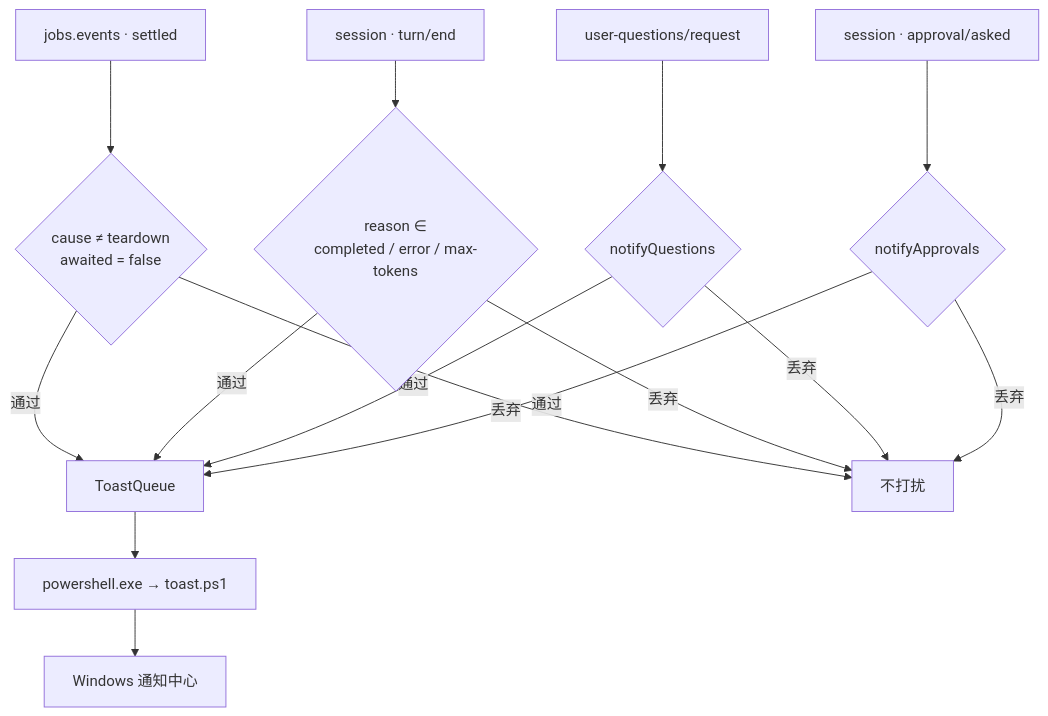
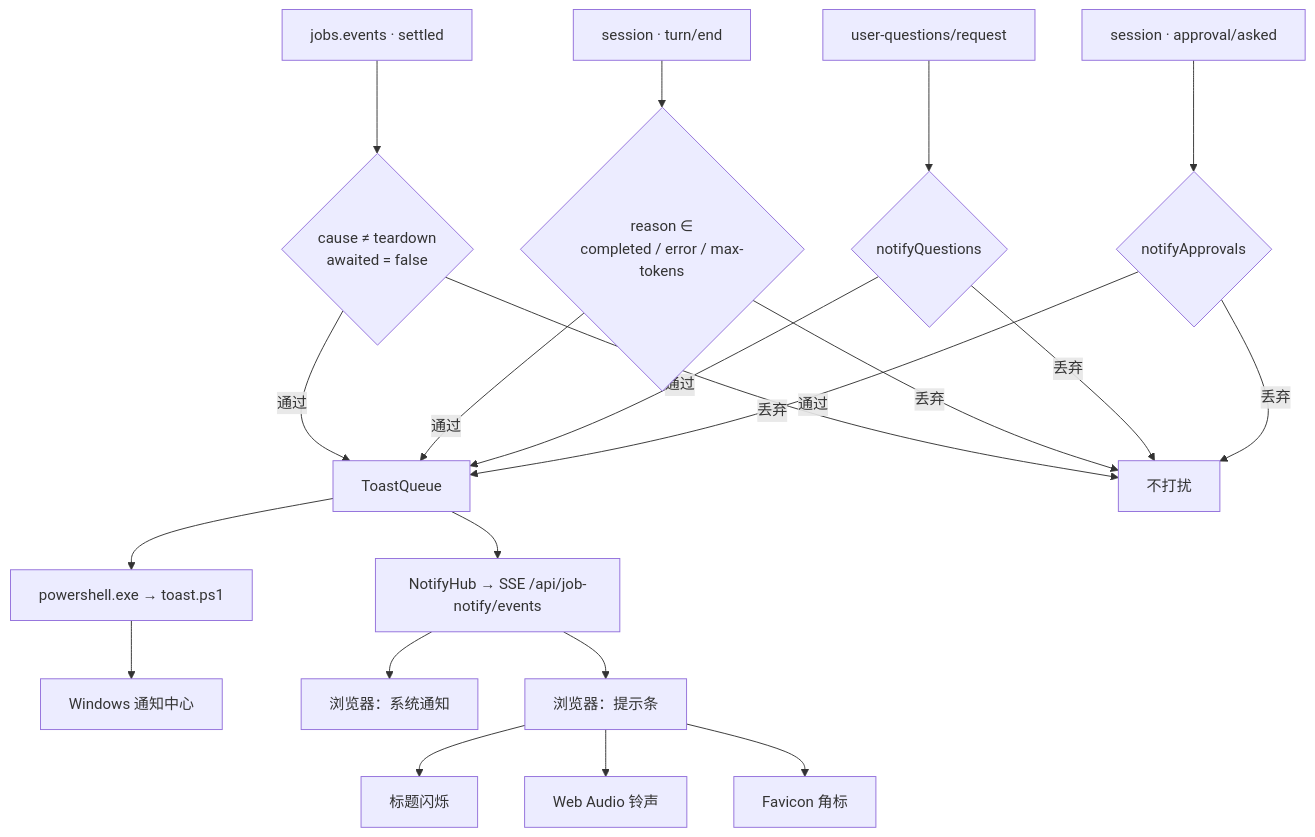
Before and after one commit to imnotRiv3r/dsh-job-notify: the diagram in README.zh-CN.md, drawn with Mermaid. The commit also changed other lines of this file and 11 other files, not shown here.

````diff
--- a/README.zh-CN.md
+++ b/README.zh-CN.md
@@ -350,17 +415,23 @@
 ```mermaid
 graph TD
   J["jobs.events · settled"] --> GJ{"cause ≠ teardown<br/>awaited = false"}
   T["session · turn/end"] --> GT{"reason ∈<br/>completed / error / max-tokens"}
   Q["user-questions/request"] --> GQ{"notifyQuestions"}
   A["session · approval/asked"] --> GA{"notifyApprovals"}
   GJ -->|通过| Q1["ToastQueue"]
   GT -->|通过| Q1
   GQ -->|通过| Q1
   GA -->|通过| Q1
   GJ -->|丢弃| S["不打扰"]
   GT -->|丢弃| S
   GQ -->|丢弃| S
   GA -->|丢弃| S
   Q1 --> P["powershell.exe → toast.ps1"]
   P --> W["Windows 通知中心"]
+  Q1 --> H["NotifyHub → SSE /api/job-notify/events"]
+  H --> B["浏览器：系统通知"]
+  H --> F["浏览器：提示条"]
+  F --> A1["标题闪烁"]
+  F --> A2["Web Audio 铃声"]
+  F --> A3["Favicon 角标"]
 ```
````
